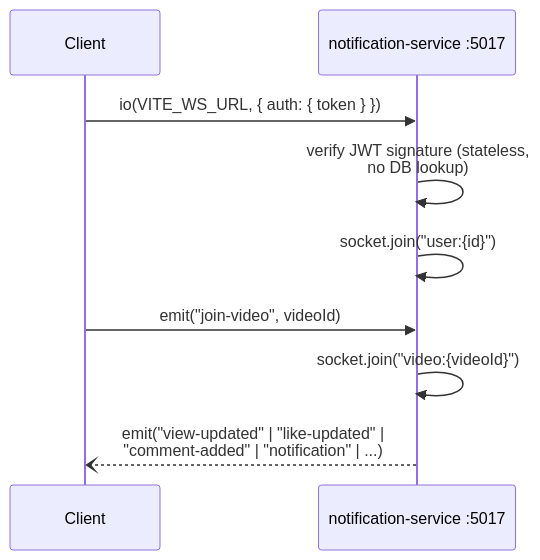
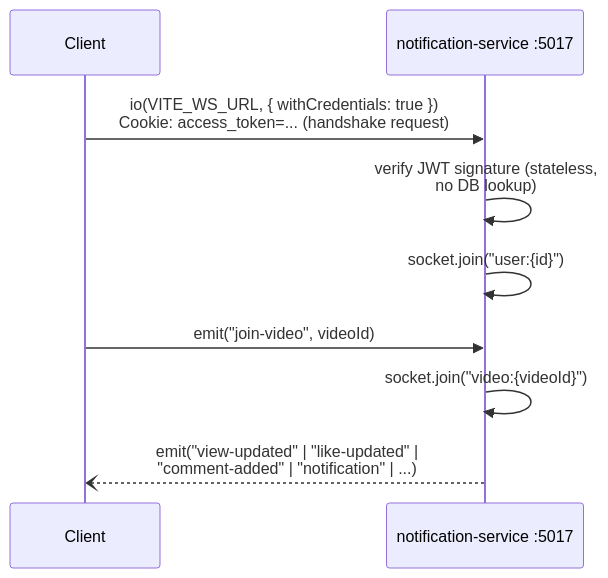
One commit to dipakvidanidevitsystem-dot/mini-tube changed the third of 4 diagrams in docs/flowdiagram/client-server-communication.md. Above: the diagram before and after it, drawn with Mermaid. The commit also changed other lines of this file and 48 other files, not shown here.

````diff
--- a/docs/flowdiagram/client-server-communication.md
+++ b/docs/flowdiagram/client-server-communication.md
@@ -38,12 +45,12 @@
 ```mermaid
 sequenceDiagram
     participant C as Client
     participant N as notification-service :5017
 
-    C->>N: io(VITE_WS_URL, { auth: { token } })
+    C->>N: io(VITE_WS_URL, { withCredentials: true })<br/>Cookie: access_token=... (handshake request)
     N->>N: verify JWT signature (stateless,<br/>no DB lookup)
     N->>N: socket.join("user:{id}")
     C->>N: emit("join-video", videoId)
     N->>N: socket.join("video:{videoId}")
     N--)C: emit("view-updated" | "like-updated" |<br/>"comment-added" | "notification" | ...)
 ```
````
